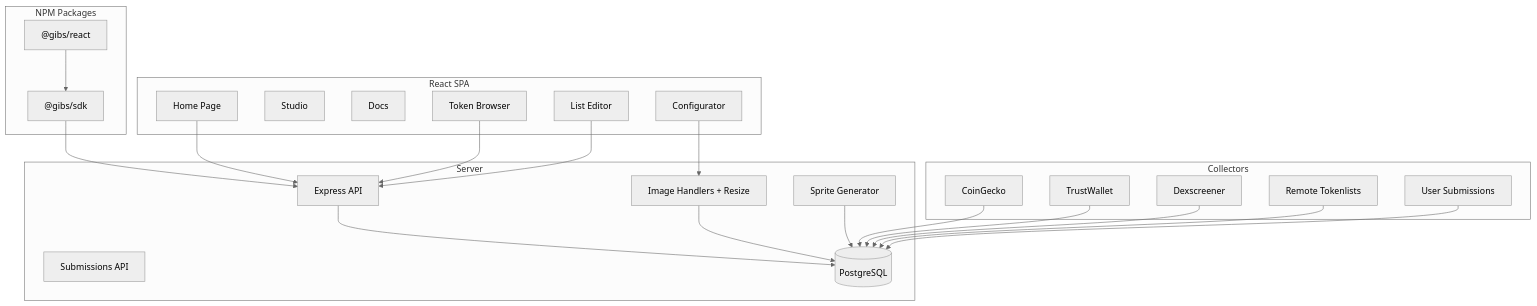
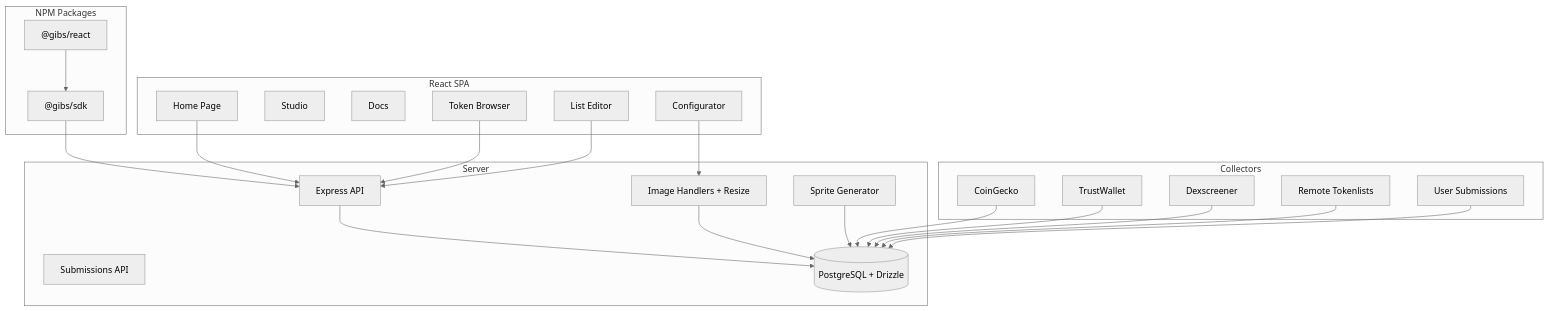
The first of 2 diagrams in docs/CODEBASE_MAP.md (gibsfinance/assets), drawn with Mermaid (neutral theme) before and after one commit. The commit also changed other lines of this file, not shown here.

Commit message:
docs: remap codebase post-Drizzle migration

````diff
--- a/docs/CODEBASE_MAP.md
+++ b/docs/CODEBASE_MAP.md
@@ -15,40 +15,40 @@
 ```mermaid
 graph TB
     subgraph Collectors
         CG[CoinGecko]
         TW[TrustWallet]
         DS[Dexscreener]
         RT[Remote Tokenlists]
         US[User Submissions]
     end
     subgraph Server
         API[Express API]
         IMG[Image Handlers + Resize]
         SPR[Sprite Generator]
         SUB[Submissions API]
-        DB[(PostgreSQL)]
+        DB[(PostgreSQL + Drizzle)]
     end
     subgraph UI["React SPA"]
         Home[Home Page]
         Studio[Studio]
         Docs[Docs]
         Browser[Token Browser]
         Editor[List Editor]
         Configurator[Configurator]
     end
     subgraph SDK["NPM Packages"]
         SDK_PKG["@gibs/sdk"]
         REACT_PKG["@gibs/react"]
     end
 
     CG & TW & DS & RT & US --> DB
     API --> DB
     IMG --> DB
     SPR --> DB
     Browser --> API
     Editor --> API
     Configurator --> IMG
     Home --> API
     SDK_PKG --> API
     REACT_PKG --> SDK_PKG
 ```
````
